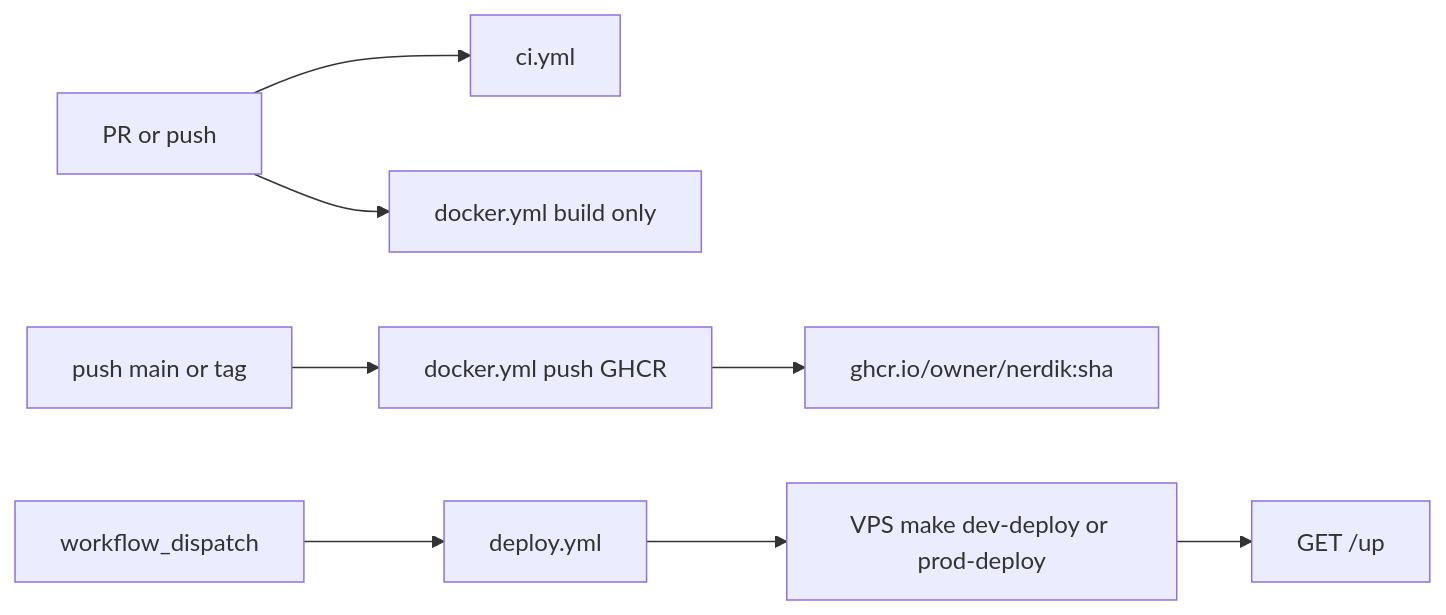
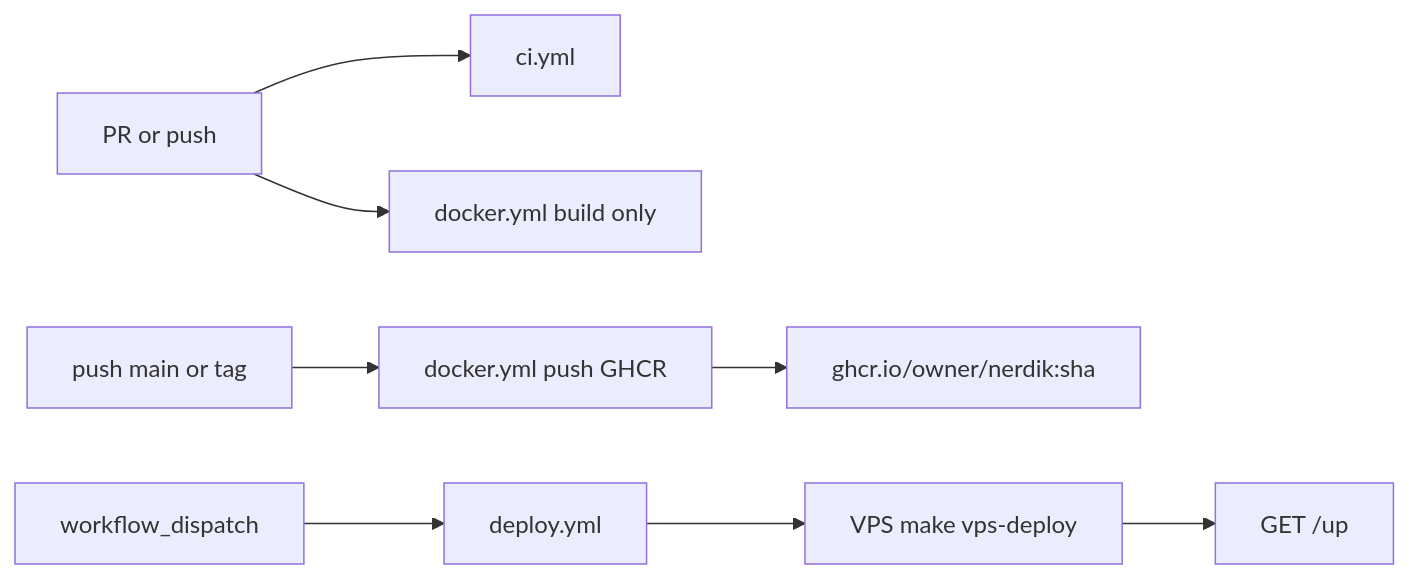
Before and after one commit to panshaigan/nerdik: the diagram in docs/ci-cd.md, drawn with Mermaid. The commit also changed other lines of this file and 15 other files, not shown here.

Commit message:
reorganize the envs. dev remains local. we add staging to vps

````diff
--- a/docs/ci-cd.md
+++ b/docs/ci-cd.md
@@ -7,10 +7,10 @@
 ```mermaid
 flowchart LR
   PR[PR or push] --> CI[ci.yml]
   PR --> DockerPR[docker.yml build only]
   Main[push main or tag] --> DockerPush[docker.yml push GHCR]
   DockerPush --> GHCR["ghcr.io/owner/nerdik:sha"]
   Manual[workflow_dispatch] --> Deploy[deploy.yml]
-  Deploy --> VPS[VPS make dev-deploy or prod-deploy]
+  Deploy --> VPS[VPS make vps-deploy]
   VPS --> Up["GET /up"]
 ```
````
